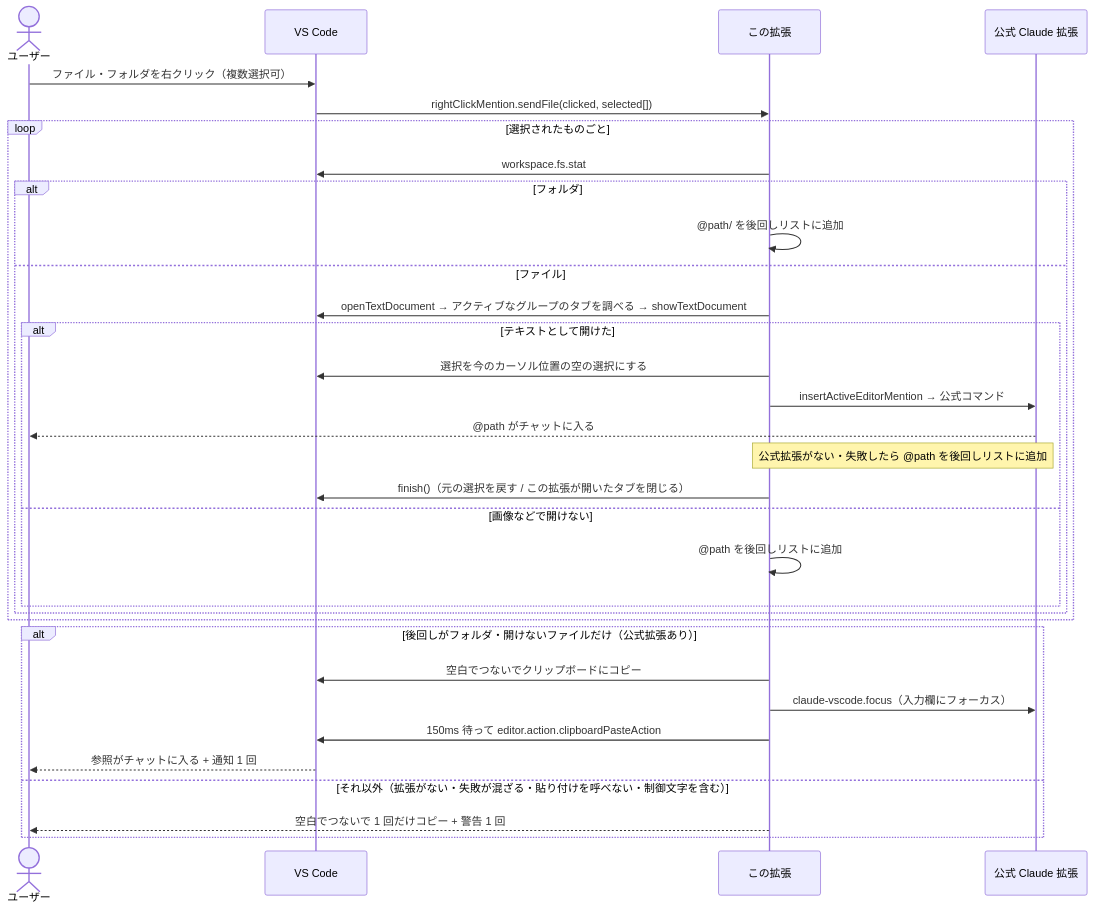
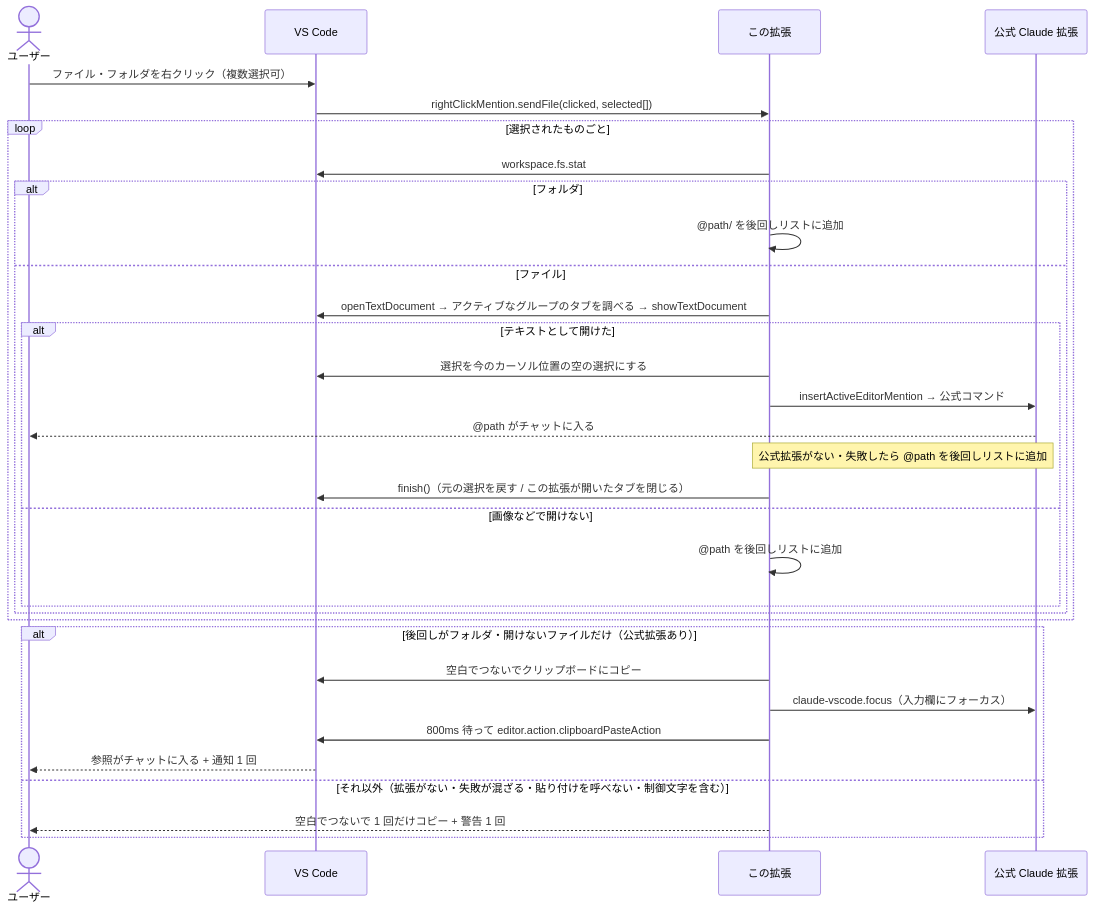
Before and after one commit to kip2/refs-to-chat: the fifth of 7 diagrams in docs/ARCHITECTURE.md, drawn with Mermaid. The commit also changed other lines of this file and 7 other files, not shown here.

````diff
--- a/docs/ARCHITECTURE.md
+++ b/docs/ARCHITECTURE.md
@@ -205,35 +206,35 @@
 ```mermaid
 sequenceDiagram
   actor U as ユーザー
   participant VS as VS Code
   participant E as この拡張
   participant C as 公式 Claude 拡張
 
   U->>VS: ファイル・フォルダを右クリック（複数選択可）
   VS->>E: rightClickMention.sendFile(clicked, selected[])
   loop 選択されたものごと
     E->>VS: workspace.fs.stat
     alt フォルダ
       E->>E: @path/ を後回しリストに追加
     else ファイル
       E->>VS: openTextDocument → アクティブなグループのタブを調べる → showTextDocument
       alt テキストとして開けた
         E->>VS: 選択を今のカーソル位置の空の選択にする
         E->>C: insertActiveEditorMention → 公式コマンド
         C-->>U: @path がチャットに入る
         Note over E,C: 公式拡張がない・失敗したら @path を後回しリストに追加
         E->>VS: finish()（元の選択を戻す / この拡張が開いたタブを閉じる）
       else 画像などで開けない
         E->>E: @path を後回しリストに追加
       end
     end
   end
   alt 後回しがフォルダ・開けないファイルだけ（公式拡張あり）
     E->>VS: 空白でつないでクリップボードにコピー
     E->>C: claude-vscode.focus（入力欄にフォーカス）
-    E->>VS: 150ms 待って editor.action.clipboardPasteAction
+    E->>VS: 800ms 待って editor.action.clipboardPasteAction
     VS-->>U: 参照がチャットに入る + 通知 1 回
   else それ以外（拡張がない・失敗が混ざる・貼り付けを呼べない・制御文字を含む）
     E-->>U: 空白でつないで 1 回だけコピー + 警告 1 回
   end
 ```
````
